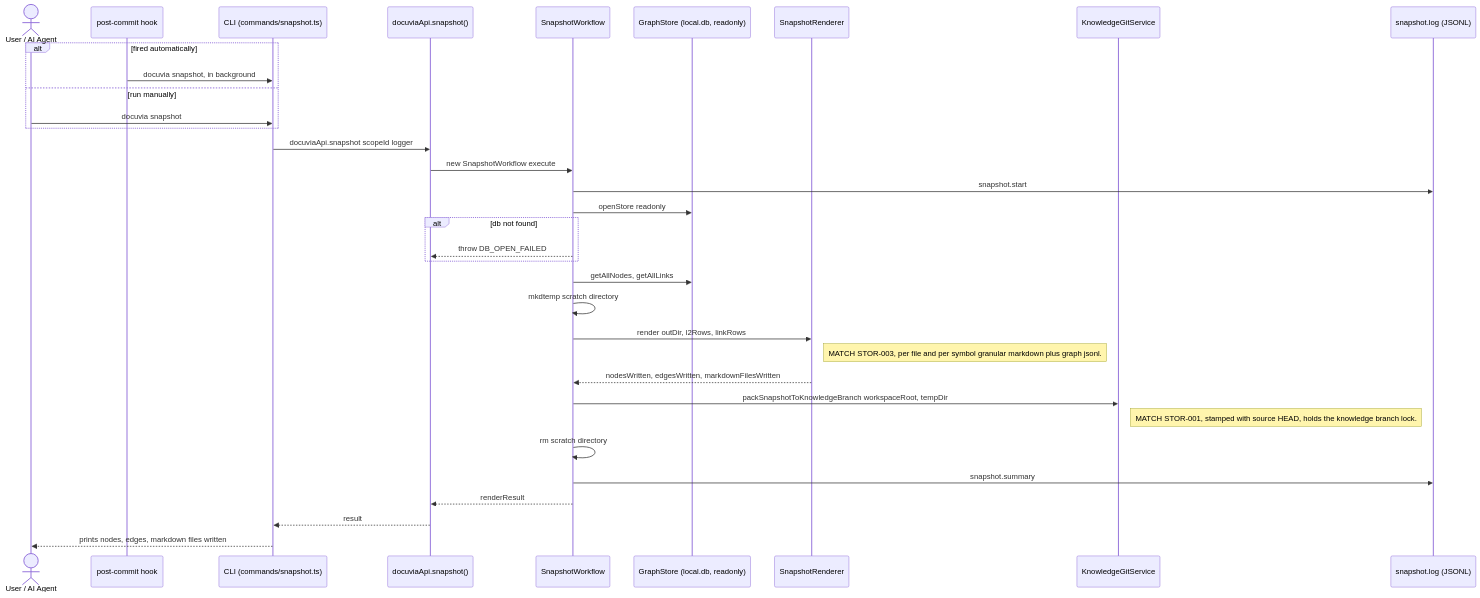
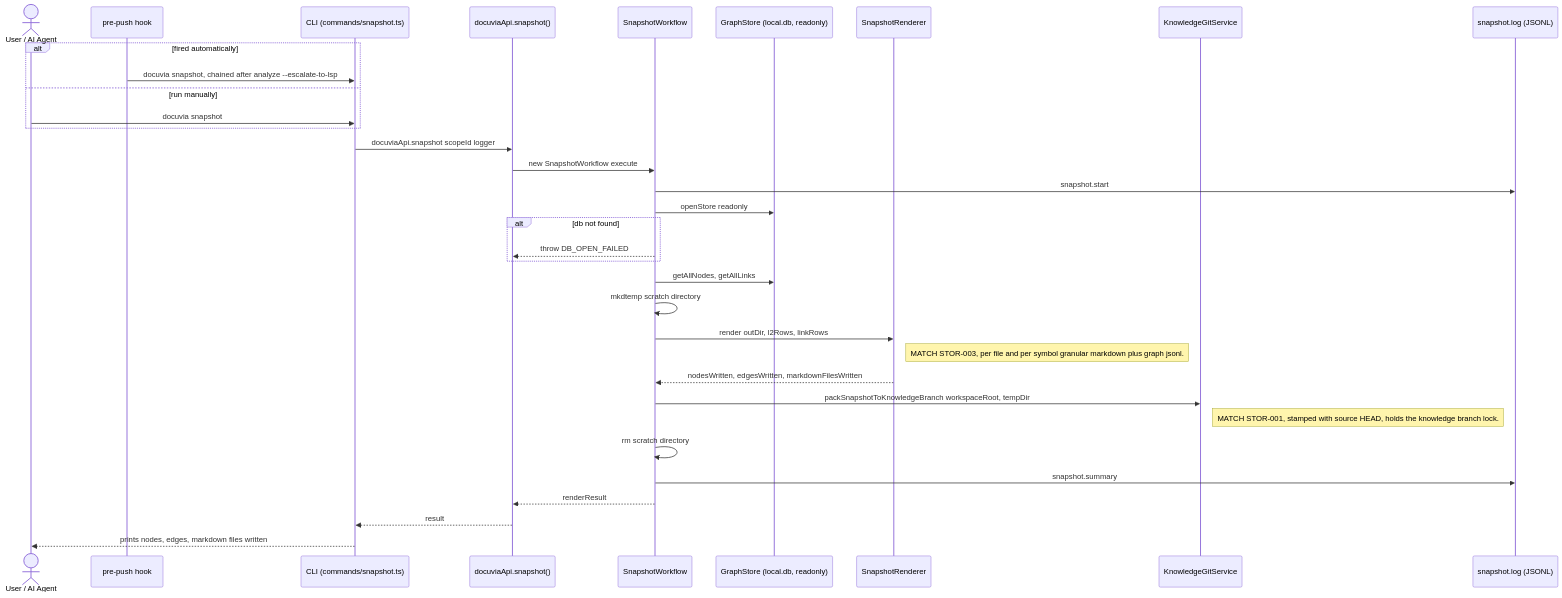
Before and after one commit to dyphn1/Docuvia: the diagram in docs/gitbook/workflows/snapshot-execution-flow.md, drawn with Mermaid. The commit also changed other lines of this file and 10 other files, not shown here.

````diff
--- a/docs/gitbook/workflows/snapshot-execution-flow.md
+++ b/docs/gitbook/workflows/snapshot-execution-flow.md
@@ -13,42 +27,42 @@
 ```mermaid
 sequenceDiagram
     actor User as User / AI Agent
-    participant Hook as post-commit hook
+    participant Hook as pre-push hook
     participant CLI as CLI (commands/snapshot.ts)
     participant API as docuviaApi.snapshot()
     participant WF as SnapshotWorkflow
     participant Store as GraphStore (local.db, readonly)
     participant Renderer as SnapshotRenderer
     participant KG as KnowledgeGitService
     participant Log as snapshot.log (JSONL)
 
     alt fired automatically
-        Hook->>CLI: docuvia snapshot, in background
+        Hook->>CLI: docuvia snapshot, chained after analyze --escalate-to-lsp
     else run manually
         User->>CLI: docuvia snapshot
     end
 
     CLI->>API: docuviaApi.snapshot scopeId logger
     API->>WF: new SnapshotWorkflow execute
     WF->>Log: snapshot.start
 
     WF->>Store: openStore readonly
     alt db not found
         WF-->>API: throw DB_OPEN_FAILED
     end
 
     WF->>Store: getAllNodes, getAllLinks
     WF->>WF: mkdtemp scratch directory
     WF->>Renderer: render outDir, l2Rows, linkRows
     Note right of Renderer: MATCH STOR-003, per file and per symbol granular markdown plus graph jsonl.
     Renderer-->>WF: nodesWritten, edgesWritten, markdownFilesWritten
 
     WF->>KG: packSnapshotToKnowledgeBranch workspaceRoot, tempDir
     Note right of KG: MATCH STOR-001, stamped with source HEAD, holds the knowledge branch lock.
     WF->>WF: rm scratch directory
 
     WF->>Log: snapshot.summary
     WF-->>API: renderResult
     API-->>CLI: result
     CLI-->>User: prints nodes, edges, markdown files written
 ```
````
